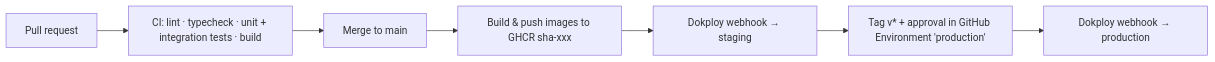
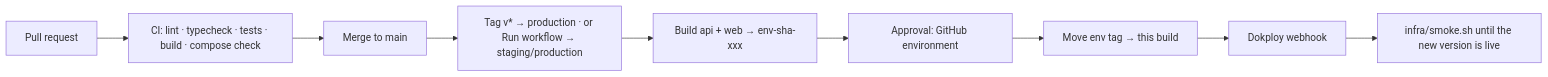
Before and after one commit to mixin27/billleaf: the diagram in docs/infrastructure/deployment.md, drawn with Mermaid. The commit also changed other lines of this file and 22 other files, not shown here.

````diff
--- a/docs/infrastructure/deployment.md
+++ b/docs/infrastructure/deployment.md
@@ -25,9 +35,11 @@
 ```mermaid
 flowchart LR
-  pr[Pull request] --> ci[CI: lint · typecheck · unit + integration tests · build]
+  pr[Pull request] --> ci[CI: lint · typecheck · tests · build · compose check]
   ci --> merge[Merge to main]
-  merge --> img[Build & push images to GHCR sha-xxx]
-  img --> stg[Dokploy webhook → staging]
-  stg --> tag[Tag v* + approval in GitHub Environment 'production']
-  tag --> prod[Dokploy webhook → production]
+  merge --> run[Tag v* → production · or Run workflow → staging/production]
+  run --> build[Build api + web → env-sha-xxx]
+  build --> approve[Approval: GitHub environment]
+  approve --> point[Move env tag → this build]
+  point --> hook[Dokploy webhook]
+  hook --> smoke[infra/smoke.sh until the new version is live]
 ```
````
